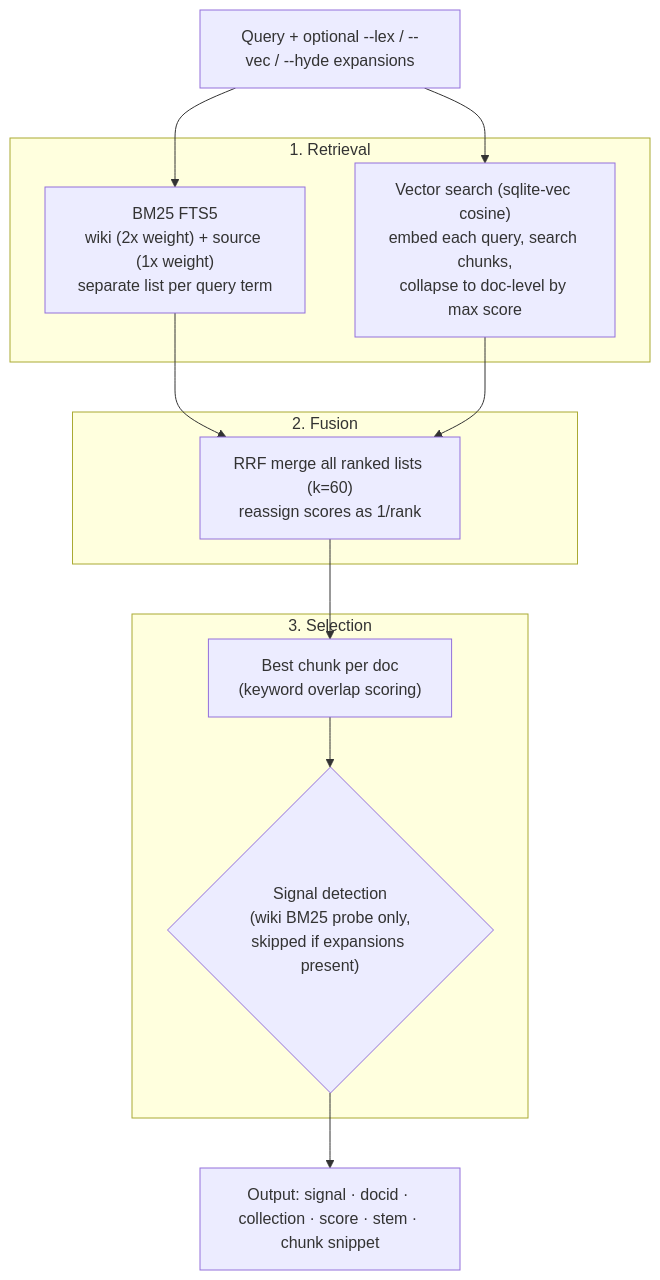
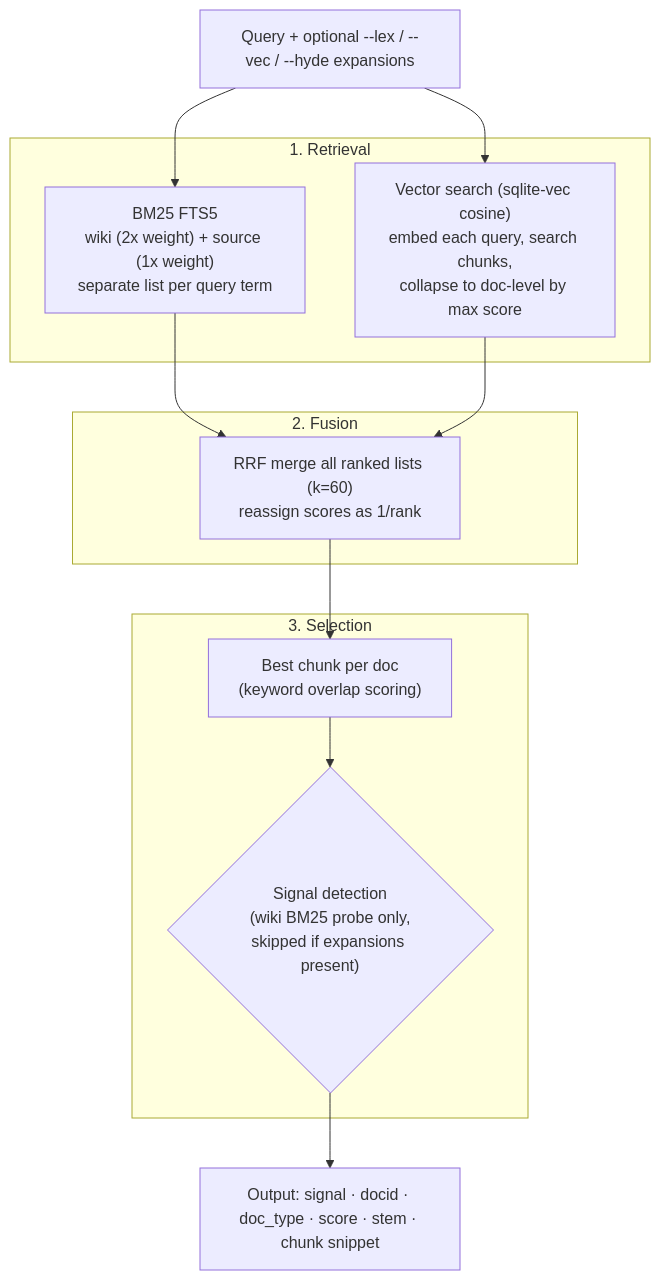
Before and after one commit to xiongzubiao/memex: diagram 11 of 12 in docs/superpowers/specs/2026-04-07-memex-design.md, drawn with Mermaid. The commit also changed other lines of this file and 59 other files, not shown here.

````diff
--- a/docs/superpowers/specs/2026-04-07-memex-design.md
+++ b/docs/superpowers/specs/2026-04-07-memex-design.md
@@ -783,28 +783,28 @@
 ```mermaid
 graph TD
     Q["Query + optional --lex / --vec / --hyde expansions"]
 
     subgraph Retrieval["1. Retrieval"]
         BM25["BM25 FTS5<br/>wiki (2x weight) + source (1x weight)<br/>separate list per query term"]
         Vec["Vector search (sqlite-vec cosine)<br/>embed each query, search chunks,<br/>collapse to doc-level by max score"]
     end
 
     subgraph Fusion["2. Fusion"]
         RRF["RRF merge all ranked lists (k=60)<br/>reassign scores as 1/rank"]
     end
 
     subgraph Selection["3. Selection"]
         Chunk["Best chunk per doc<br/>(keyword overlap scoring)"]
         Signal{"Signal detection<br/>(wiki BM25 probe only,<br/>skipped if expansions present)"}
     end
 
-    Out["Output: signal · docid · collection · score · stem · chunk snippet"]
+    Out["Output: signal · docid · doc_type · score · stem · chunk snippet"]
 
     Q --> BM25
     Q --> Vec
     BM25 --> RRF
     Vec --> RRF
     RRF --> Chunk
     Chunk --> Signal
     Signal --> Out
 ```
````
